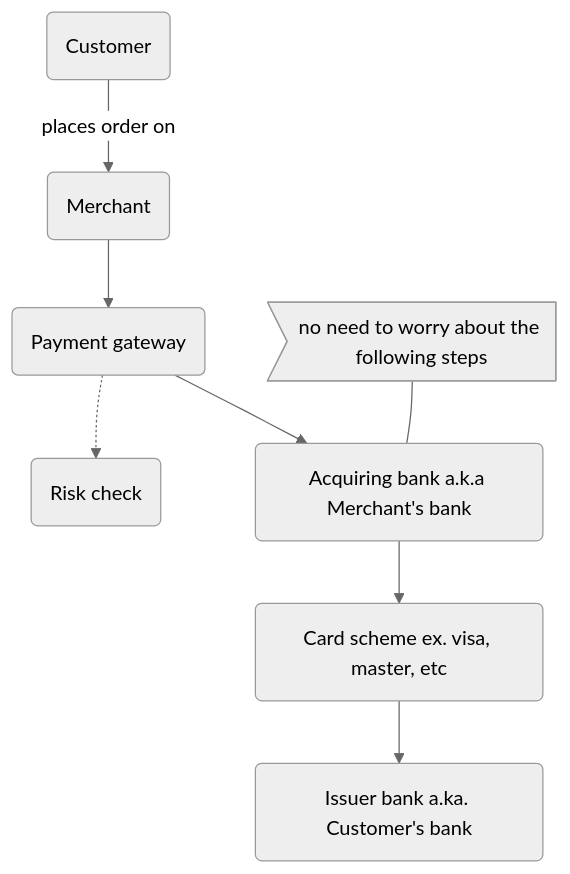
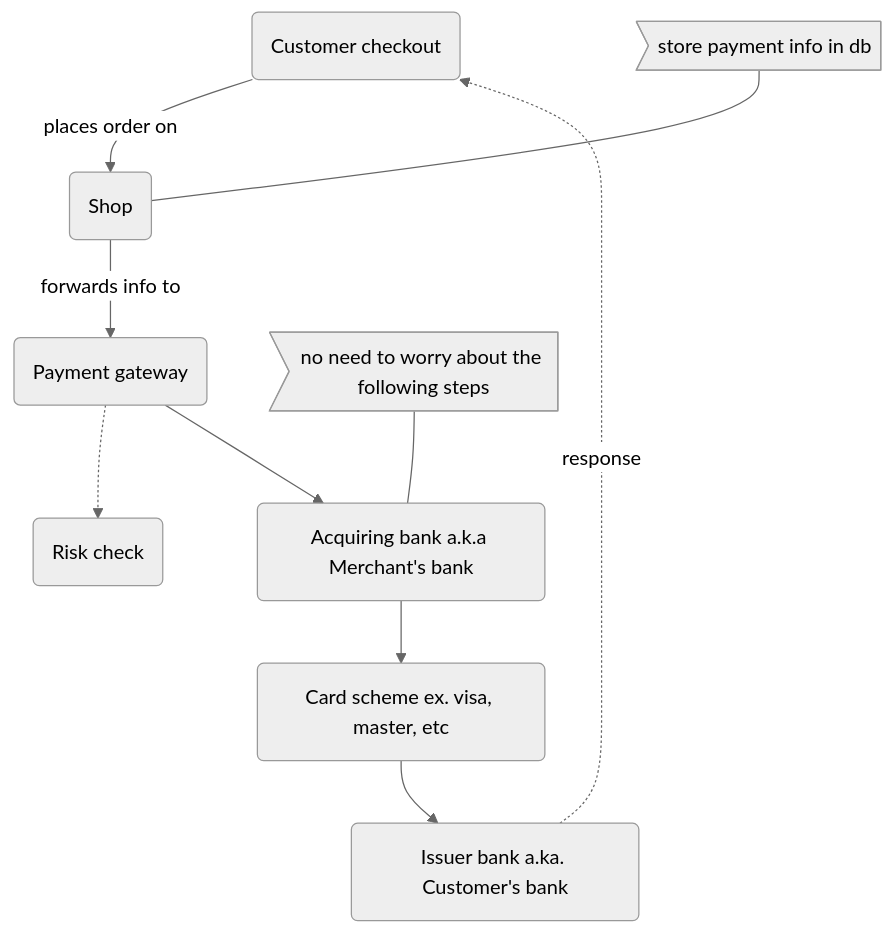
Before and after one commit to Isuru2701/payment-service: the diagram in README.md, drawn with Mermaid (neutral theme). The commit also changed other lines of this file, not shown here.

Commit message:
notes added

````diff
--- a/README.md
+++ b/README.md
@@ -10,10 +10,12 @@
 ```mermaid
 graph TD
-    A(Customer) -->|places order on| B(Merchant)
-    B --> C(Payment gateway) -.-> D(Risk check)
-    note>no need to worry about the following steps] --- E
+    A(Customer checkout) -->|places order on| B(Shop)
+    note1>store payment info in db] --- B
+    B --> |forwards info to| C(Payment gateway) -.-> D(Risk check)
+    note2>no need to worry about the following steps] --- E
     C --> E(Acquiring bank a.k.a Merchant's bank)
     E --> F(Card scheme ex. visa, master, etc)
     F --> G(Issuer bank a.ka. Customer's bank)
+    G -.-> |response| A
     
 ```
````
